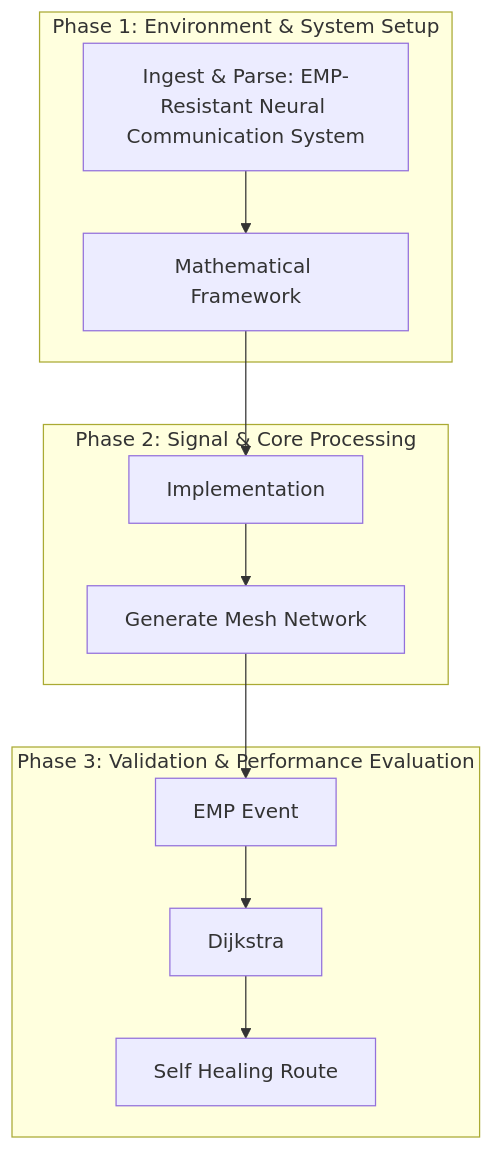
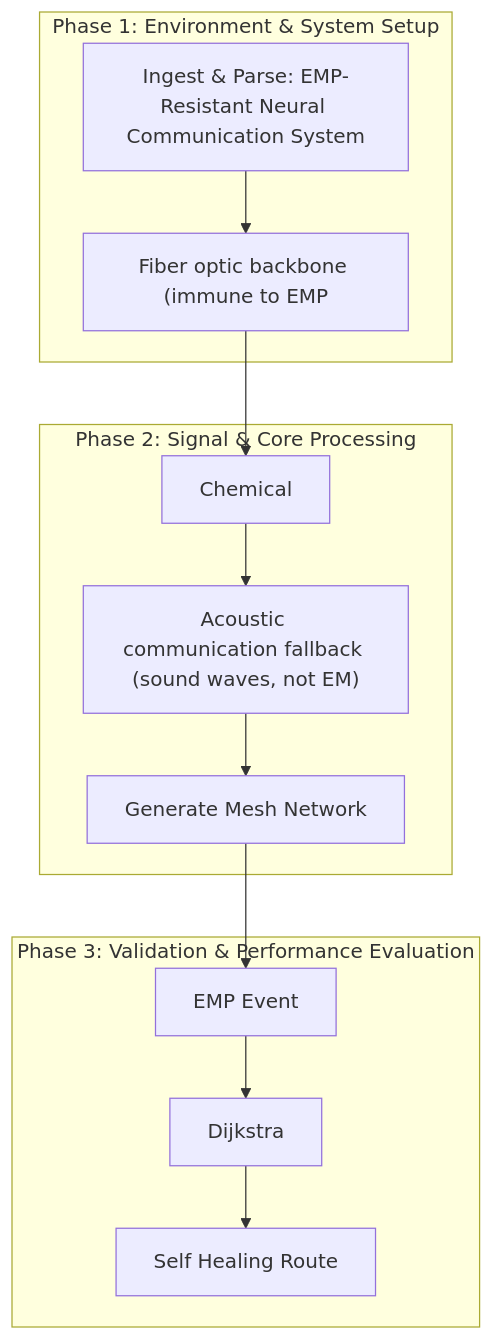
Before and after one commit to Runtime-Slayers/EMP-Resilient-Bio-Inspired-Communication-Architecture: the diagram in README.md, drawn with Mermaid. The commit also changed other lines of this file, not shown here.

Commit message:
Docs: Restructure README.md with detailed summary and pipeline flowchart

````diff
--- a/README.md
+++ b/README.md
@@ -14,22 +14,24 @@
 ```mermaid
 graph TD
     subgraph "Phase 1: Environment & System Setup"
         N0["Ingest & Parse: EMP-Resistant Neural Communication System"]
-        N1["Mathematical Framework"]
+        N1["Fiber optic backbone (immune to EMP"]
     end
     subgraph "Phase 2: Signal & Core Processing"
-        N2["Implementation"]
-        N3["Generate Mesh Network"]
+        N2["Chemical"]
+        N3["Acoustic communication fallback (sound waves, not EM)"]
+        N4["Generate Mesh Network"]
     end
     subgraph "Phase 3: Validation & Performance Evaluation"
-        N4["EMP Event"]
-        N5["Dijkstra"]
-        N6["Self Healing Route"]
+        N5["EMP Event"]
+        N6["Dijkstra"]
+        N7["Self Healing Route"]
     end
     N0 --> N1
     N1 --> N2
     N2 --> N3
     N3 --> N4
     N4 --> N5
     N5 --> N6
+    N6 --> N7
 ```
````
